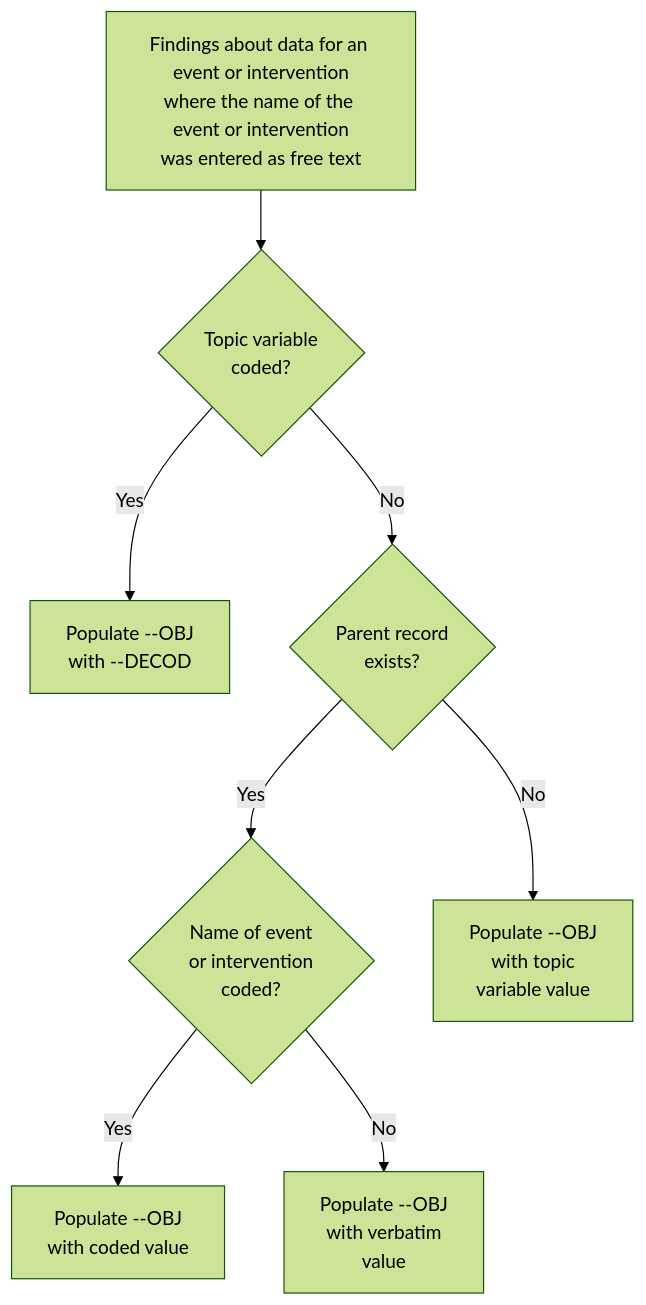
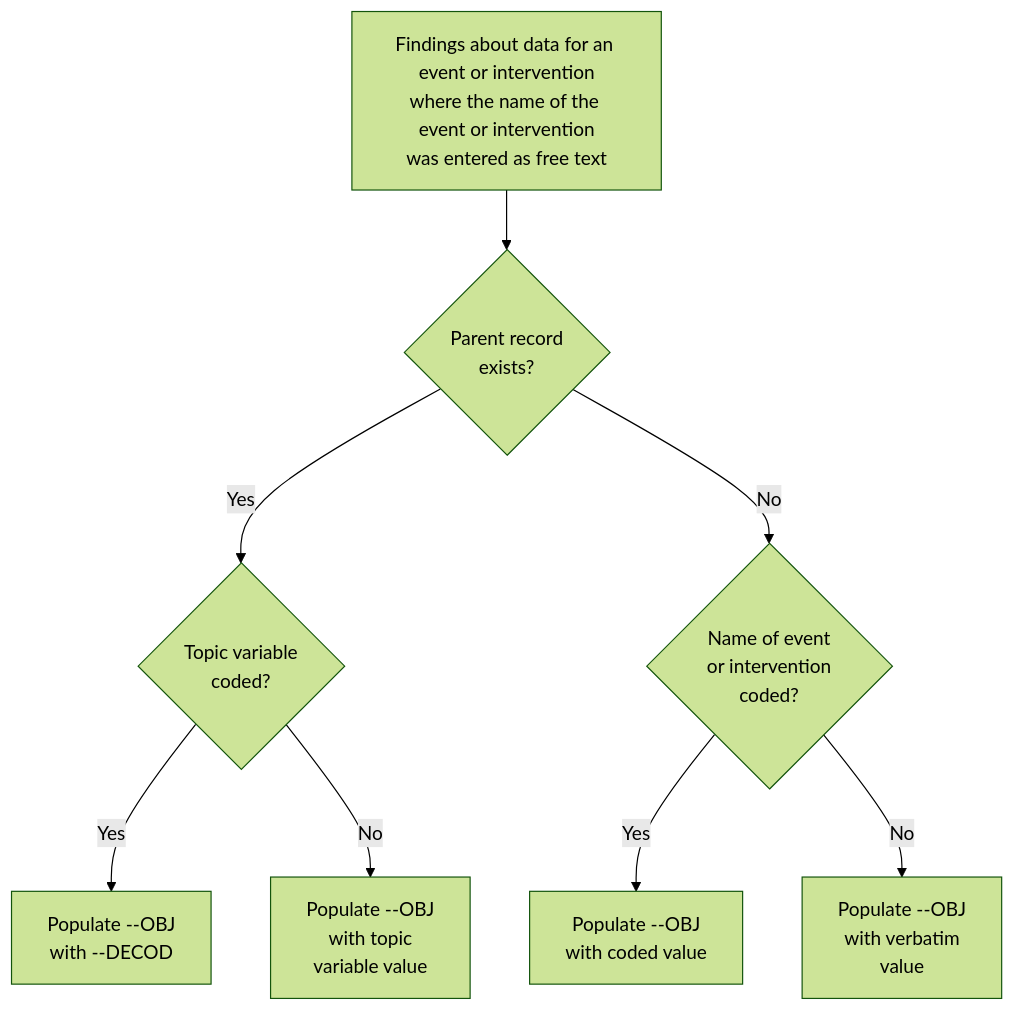
Before and after one commit to hakupao/sdtm-pedia: the first of 4 diagrams in knowledge_base/chapters/ch04_general_assumptions.md, drawn with Mermaid (forest theme). The commit also changed other lines of this file and 16 other files, not shown here.

````diff
--- a/knowledge_base/chapters/ch04_general_assumptions.md
+++ b/knowledge_base/chapters/ch04_general_assumptions.md
@@ -496,11 +518,11 @@
 ```mermaid
 graph TD
     A["Findings about data for an event or intervention<br/>where the name of the event or intervention<br/>was entered as free text"]
-    A --> B{"Topic variable<br/>coded?"}
-    B -->|Yes| C["Populate --OBJ<br/>with --DECOD"]
-    B -->|No| D{"Parent record<br/>exists?"}
-    D -->|Yes| E{"Name of event<br/>or intervention<br/>coded?"}
-    D -->|No| F["Populate --OBJ<br/>with topic<br/>variable value"]
-    E -->|Yes| G["Populate --OBJ<br/>with coded value"]
-    E -->|No| H["Populate --OBJ<br/>with verbatim<br/>value"]
+    A --> P{"Parent record<br/>exists?"}
+    P -->|Yes| T{"Topic variable<br/>coded?"}
+    P -->|No| N{"Name of event<br/>or intervention<br/>coded?"}
+    T -->|Yes| C["Populate --OBJ<br/>with --DECOD"]
+    T -->|No| F["Populate --OBJ<br/>with topic<br/>variable value"]
+    N -->|Yes| G["Populate --OBJ<br/>with coded value"]
+    N -->|No| H["Populate --OBJ<br/>with verbatim<br/>value"]
 ```
````
